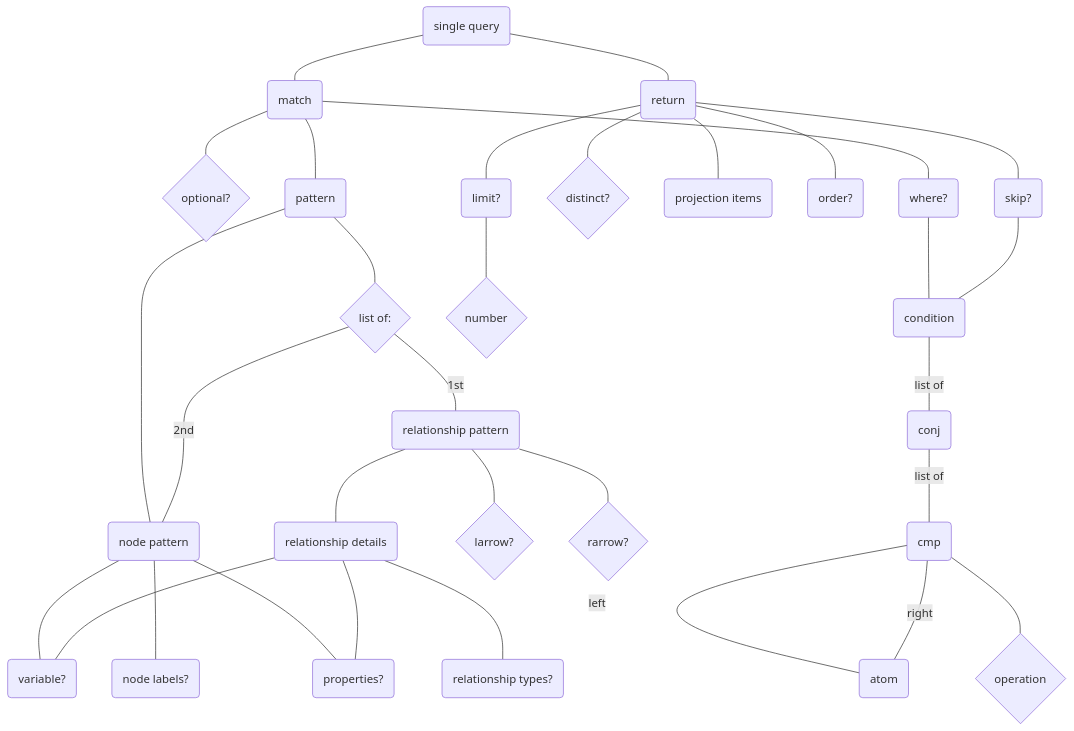
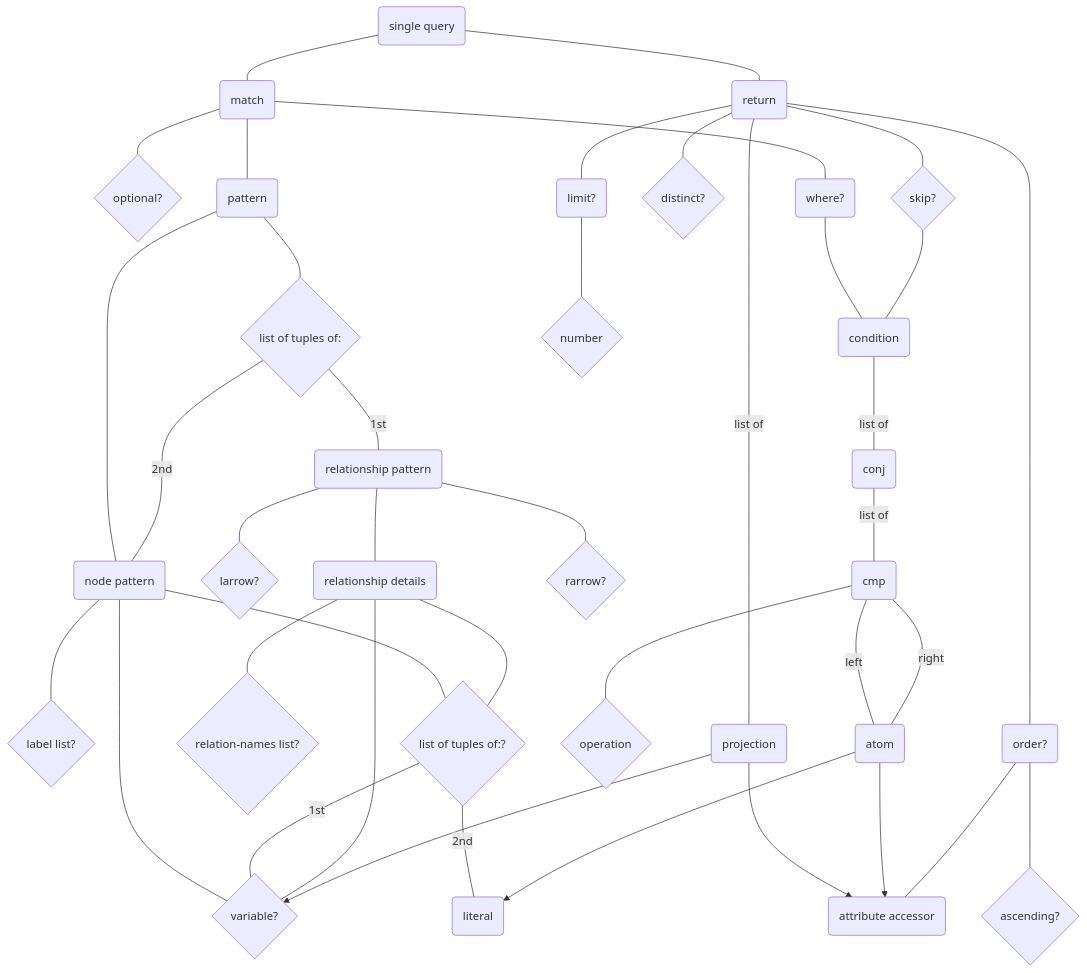
Before and after one commit to CSProjectsAvatar/ml: the first of 2 diagrams in 1st-project/grammars/ast-query-cypher.md, drawn with Mermaid. The commit also changed other lines of this file and 2 other files, not shown here.

Commit message:
docs(grammar): node pattern, relation & projection
NodePattern, RelationshipTypes and ProjectionItems rules are now
completely defined. Order rule fixed.

Refs: #1

````diff
--- a/1st-project/grammars/ast-query-cypher.md
+++ b/1st-project/grammars/ast-query-cypher.md
@@ -1,34 +1,42 @@
 ```mermaid
 graph TD
     A(single query) --- B(match)
     A --- C(return)
     B --- D{optional?}
     B --- E(pattern)
     B --- F(where?)
     F --- X
     E --- G(node pattern)
-    E --- H{list of:}
+    E --- H{list of tuples of:}
     H --- |1st| I(relationship pattern)
     H --- |2nd| G
-    G --- J(variable?)
-    G --- K(node labels?)
-    G --- L(properties?)
+    G --- J{variable?}
+    G --- K{label list?}
+    G --- L{list of tuples of:?}
+    L --- |1st| J
+    L --- |2nd| Lit
+    I --- N{larrow?}
     I --- M(relationship details)
-    I --- N{larrow?}
     I --- O{rarrow?}
     M --- J
-    M --- Q(relationship types?)
+    M --- Q{relation-names list?}
     M --- L
     C --- R{distinct?}
-    C --- S(projection items)
+    C --- |list of| S(projection)
+    S --> J
+    S --> Prop
     C --- T(order?)
-    C --- U(skip?)
+    C --- U{skip?}
     U --- X(condition)
     X --- |list of| Z(conj)
     Z --- |list of| Cmp(cmp)
+    Cmp --- CmpOper{operation}
     Cmp --- |left| Atom(atom)
-    Cmp --- |right| Atom(atom)
-    Cmp --- CmpOper{operation}
+    Cmp --- |right| Atom
     C --- V(limit?)
     V --- W{number}
+    Atom --> Lit(literal)
+    Atom --> Prop(attribute accessor)
+    T --- Ord{ascending?}
+    T --- Prop
 ```
````
